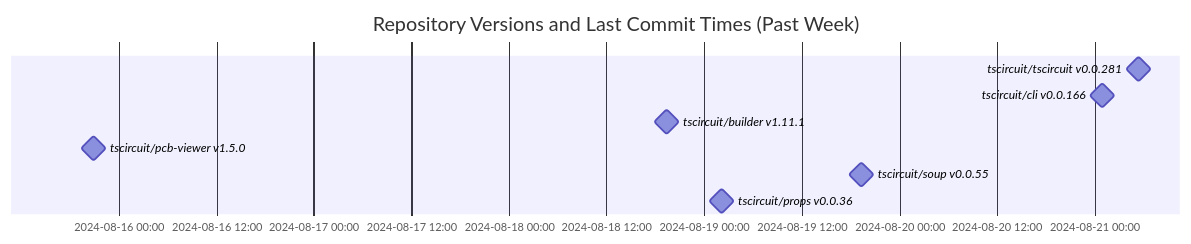
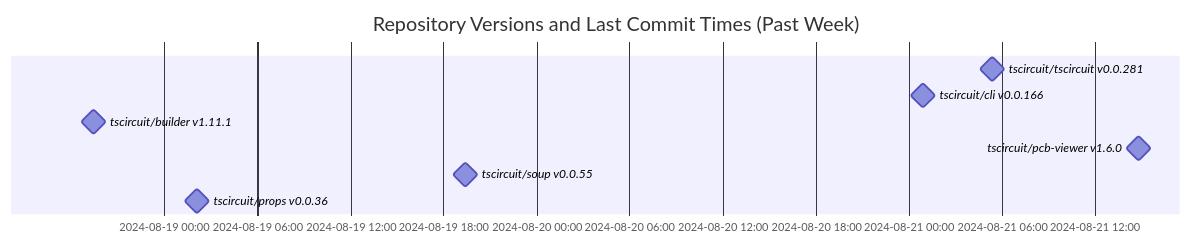
Before and after one commit to tscircuit/version-tracker: the diagram in README.md, drawn with Mermaid.

Commit message:
Update chart

````diff
--- a/README.md
+++ b/README.md
@@ -1,13 +1,13 @@
 ```mermaid
 gantt
   dateFormat  YYYY-MM-DD HH:mm:ss
   title Repository Versions and Last Commit Times (Past Week)
   axisFormat %Y-%m-%d %H:%M
 
   tscircuit/tscircuit v0.0.281 : milestone, 2024-08-21 05:23:30, 1s
   tscircuit/cli v0.0.166 : milestone, 2024-08-21 00:55:12, 1s
   tscircuit/builder v1.11.1 : milestone, 2024-08-18 19:26:24, 1s
-  tscircuit/pcb-viewer v1.5.0 : milestone, 2024-08-15 20:55:08, 1s
+  tscircuit/pcb-viewer v1.6.0 : milestone, 2024-08-21 14:48:25, 1s
   tscircuit/soup v0.0.55 : milestone, 2024-08-19 19:22:24, 1s
   tscircuit/props v0.0.36 : milestone, 2024-08-19 02:05:19, 1s
 ```
````
